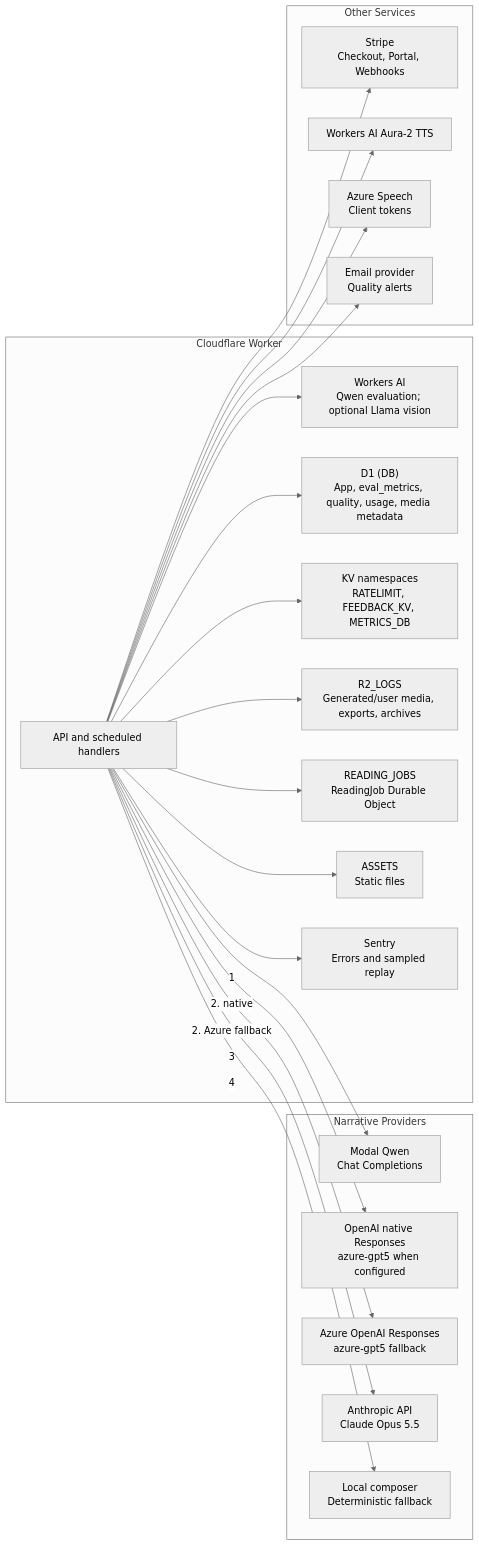
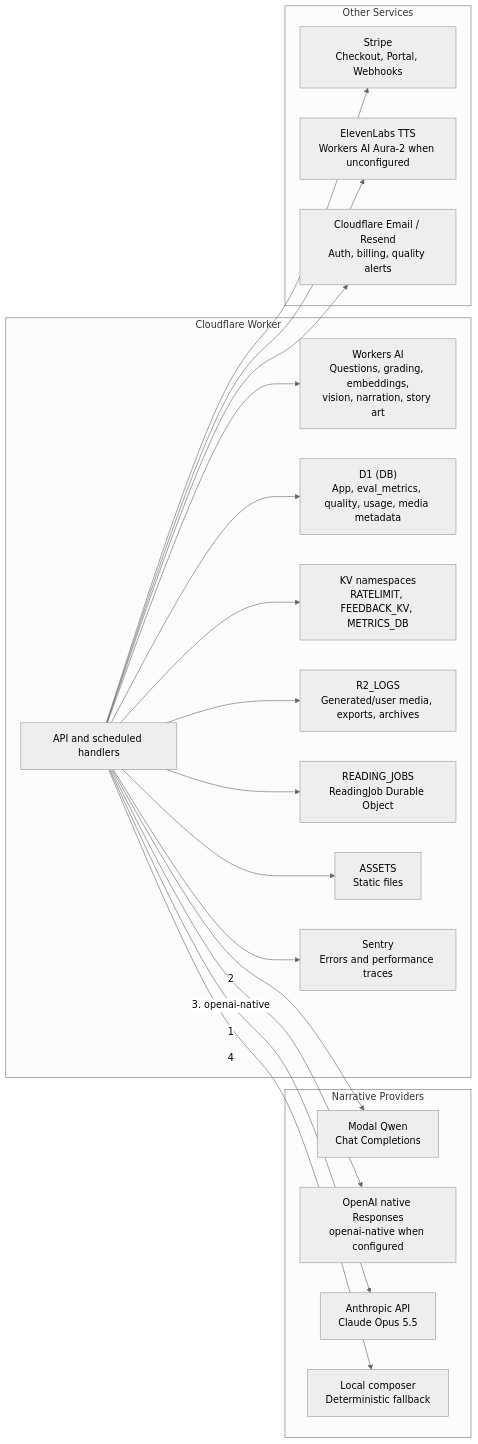
Diagram 16 of 17 in docs/architecture/full-system-diagrams.md (henryperkins/tarot), drawn with Mermaid (neutral theme) before and after one commit. The commit also changed other lines of this file and 36 other files, not shown here.

````diff
--- a/docs/architecture/full-system-diagrams.md
+++ b/docs/architecture/full-system-diagrams.md
@@ -734,45 +728,41 @@
 ```mermaid
 graph LR
     subgraph NarrativeProviders["Narrative Providers"]
         Modal["Modal Qwen<br/>Chat Completions"]
-        OpenAI["OpenAI native Responses<br/>azure-gpt5 when configured"]
-        Azure["Azure OpenAI Responses<br/>azure-gpt5 fallback"]
+        OpenAI["OpenAI native Responses<br/>openai-native when configured"]
         Claude["Anthropic API<br/>Claude Opus 5.5"]
         Local["Local composer<br/>Deterministic fallback"]
     end
 
     subgraph Worker["Cloudflare Worker"]
         API["API and scheduled handlers"]
-        AI["Workers AI<br/>Qwen evaluation; optional Llama vision"]
+        AI["Workers AI<br/>Questions, grading, embeddings,<br/>vision, narration, story art"]
         D1["D1 (DB)<br/>App, eval_metrics, quality, usage, media metadata"]
         KV["KV namespaces<br/>RATELIMIT, FEEDBACK_KV, METRICS_DB"]
         R2["R2_LOGS<br/>Generated/user media, exports, archives"]
         DO["READING_JOBS<br/>ReadingJob Durable Object"]
         Assets["ASSETS<br/>Static files"]
-        Sentry["Sentry<br/>Errors and sampled replay"]
+        Sentry["Sentry<br/>Errors and performance traces"]
     end
 
     subgraph OtherServices["Other Services"]
         Stripe["Stripe<br/>Checkout, Portal, Webhooks"]
-        AuraTTS["Workers AI Aura-2 TTS"]
-        AzureSpeech["Azure Speech<br/>Client tokens"]
-        Email["Email provider<br/>Quality alerts"]
+        ReaderTTS["ElevenLabs TTS<br/>Workers AI Aura-2 when unconfigured"]
+        Email["Cloudflare Email / Resend<br/>Auth, billing, quality alerts"]
     end
 
-    API -->|1| Modal
-    API -->|2. native| OpenAI
-    API -->|2. Azure fallback| Azure
-    API -->|3| Claude
+    API -->|1| Claude
+    API -->|2| Modal
+    API -->|3. openai-native| OpenAI
     API -->|4| Local
     API --> AI
     API --> D1
     API --> KV
     API --> R2
     API --> DO
     API --> Assets
     API --> Sentry
     API --> Stripe
-    API --> AuraTTS
-    API --> AzureSpeech
+    API --> ReaderTTS
     API --> Email
 ```
````
